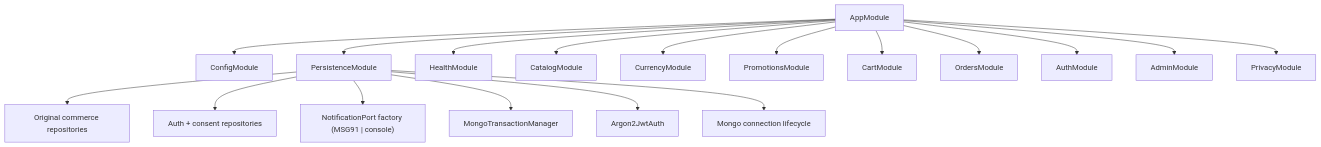
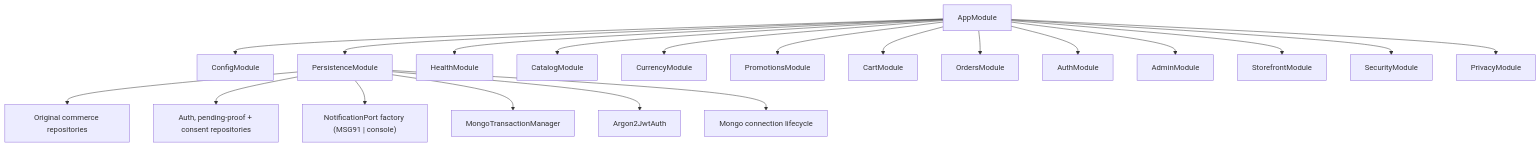
The first of 2 diagrams in docs/backend/composition-and-adapters.md (Kaizer-Systems/saha-textile), drawn with Mermaid before and after one commit. The commit also changed other lines of this file and 73 other files, not shown here.

````diff
--- a/docs/backend/composition-and-adapters.md
+++ b/docs/backend/composition-and-adapters.md
@@ -23,21 +23,23 @@
 ```mermaid
 flowchart TD
     App["AppModule"] --> Config["ConfigModule"]
     App --> Persistence["PersistenceModule"]
     App --> Health["HealthModule"]
     App --> Catalog["CatalogModule"]
     App --> Currency["CurrencyModule"]
     App --> Promotions["PromotionsModule"]
     App --> Cart["CartModule"]
     App --> Orders["OrdersModule"]
     App --> Auth["AuthModule"]
     App --> Admin["AdminModule"]
+    App --> Storefront["StorefrontModule"]
+    App --> Security["SecurityModule"]
     App --> Privacy["PrivacyModule"]
 
     Persistence --> MongoRepos["Original commerce repositories"]
-    Persistence --> AuthRepos["Auth + consent repositories"]
+	Persistence --> AuthRepos["Auth, pending-proof + consent repositories"]
     Persistence --> Notifications["NotificationPort factory (MSG91 | console)"]
     Persistence --> Transaction["MongoTransactionManager"]
     Persistence --> AuthAdapter["Argon2JwtAuth"]
     Persistence --> MongoConnection["Mongo connection lifecycle"]
 ```
````
